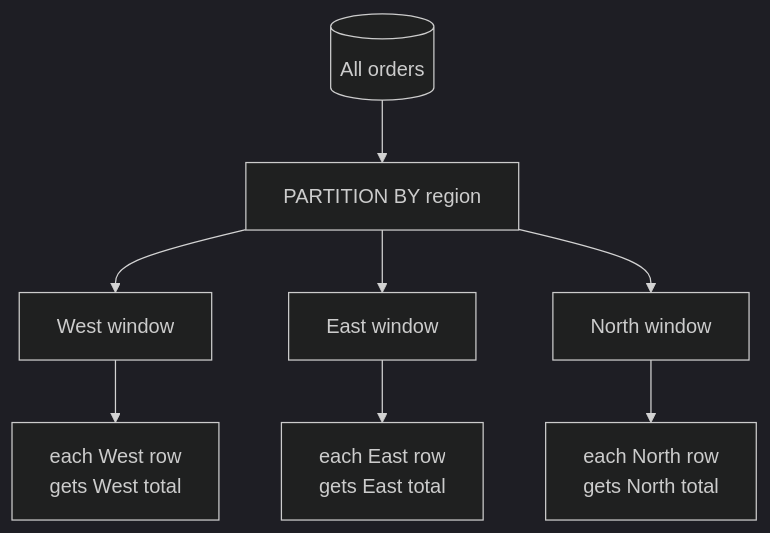
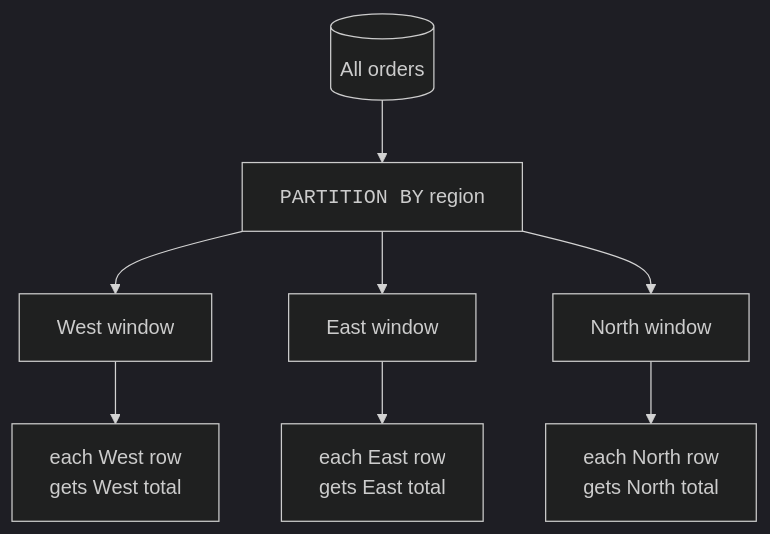
The second of 2 diagrams in content/courses/sql-analytics-duckdb/why-window-functions.mdx (dataslope/dataslope), drawn with Mermaid (dark theme) before and after one commit. The commit also changed other lines of this file and 283 other files, not shown here.

First line of the commit message:
Diagrams as elements, not characters: fix the box model, sweep the corpus, and make syntax breakdowns a convention (#652)

````diff
--- a/content/courses/sql-analytics-duckdb/why-window-functions.mdx
+++ b/content/courses/sql-analytics-duckdb/why-window-functions.mdx
@@ -172,10 +172,10 @@
 ```mermaid
 flowchart TD
-    All[("All orders")] --> P["PARTITION BY region"]
+    All[("All orders")] --> P["<code>PARTITION BY</code> region"]
     P --> W["West window"]
     P --> E["East window"]
     P --> N["North window"]
     W --> WT["each West row<br/>gets West total"]
     E --> ET["each East row<br/>gets East total"]
     N --> NT["each North row<br/>gets North total"]
 ```
````
